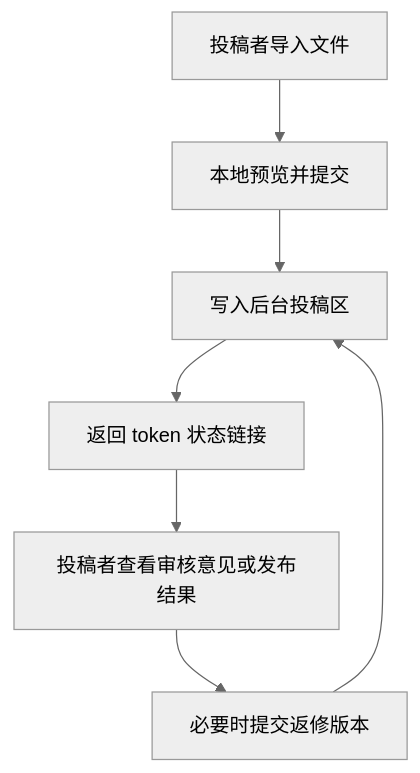
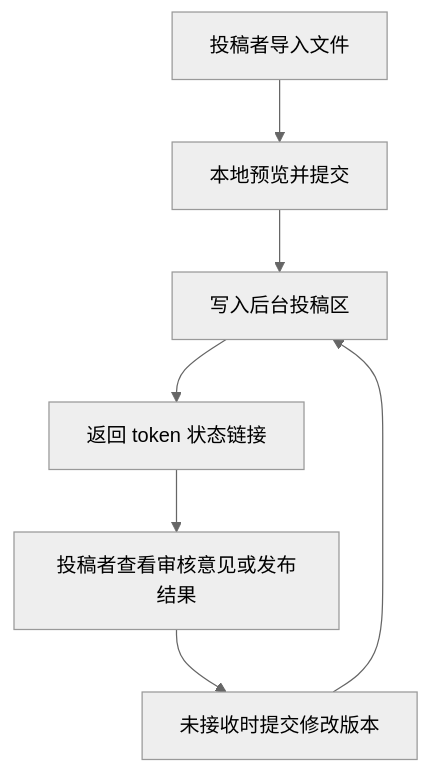
Before and after one commit to huyusong10/tech_radar_web: the third of 4 diagrams in design/system-overview.md, drawn with Mermaid (neutral theme). The commit also changed other lines of this file and 16 other files, not shown here.

````diff
--- a/design/system-overview.md
+++ b/design/system-overview.md
@@ -48,9 +48,9 @@
 ```mermaid
 flowchart TD
     A["投稿者导入文件"] --> B["本地预览并提交"]
     B --> C["写入后台投稿区"]
     C --> D["返回 token 状态链接"]
     D --> E["投稿者查看审核意见或发布结果"]
-    E --> F["必要时提交返修版本"]
+    E --> F["未接收时提交修改版本"]
     F --> C
 ```
````
